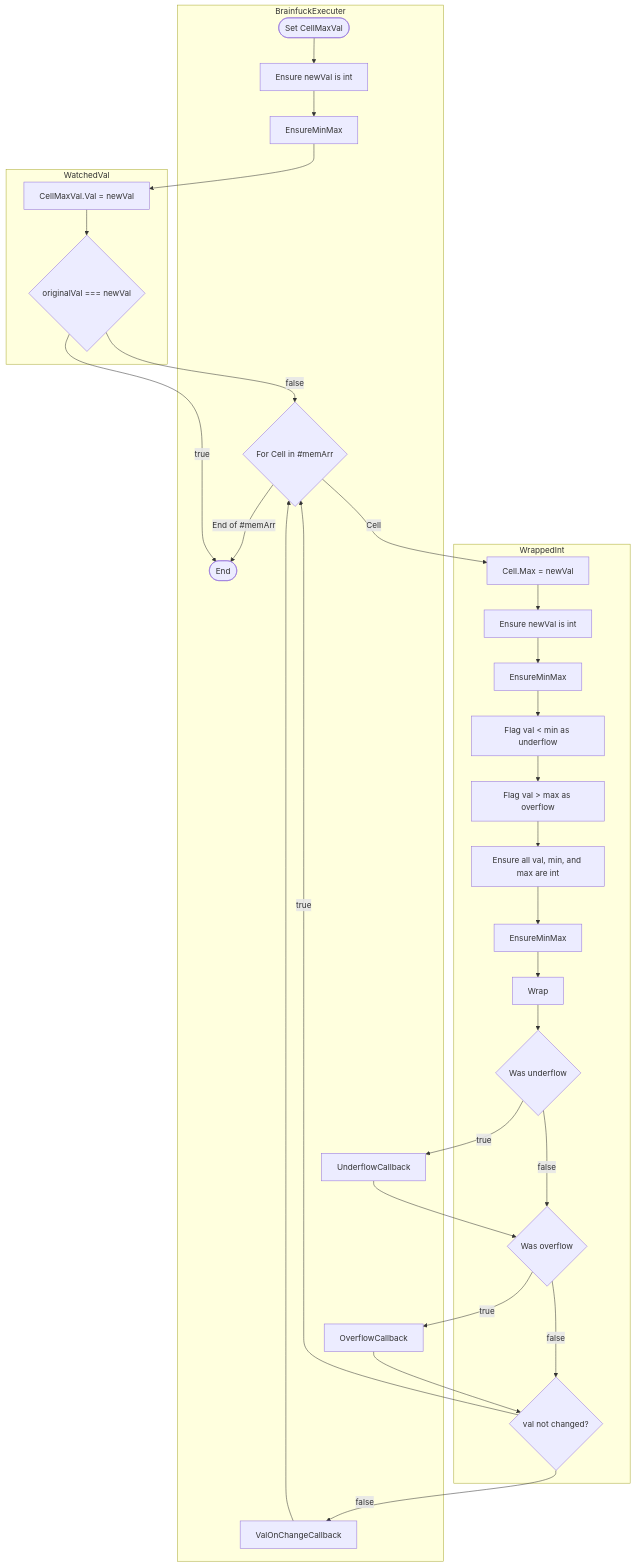
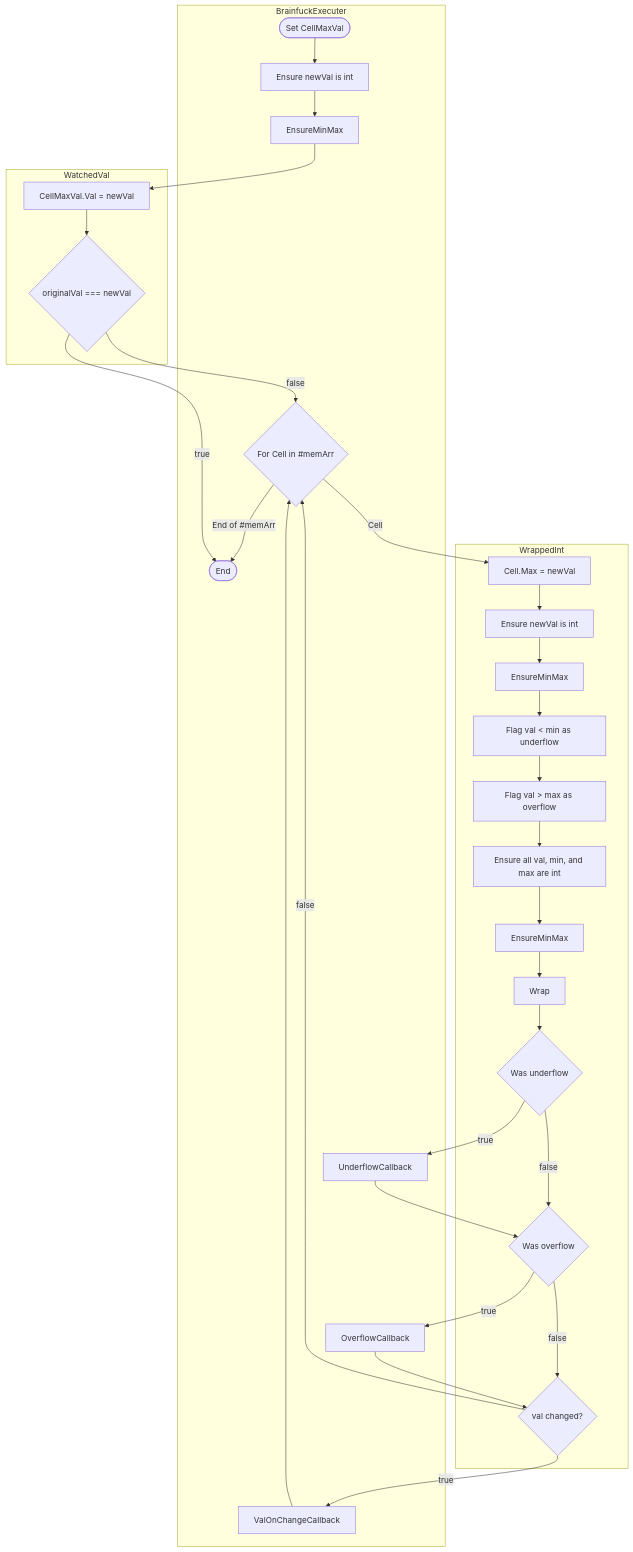
One commit to BCS21090011/BrainFucker changed the sixth of 25 diagrams in src/Classes_Info/BrainfuckExecuter.md. Above: the diagram before and after it, drawn with Mermaid. The commit also changed other lines of this file, not shown here.

Commit message:
Minor change in word using.

````diff
--- a/src/Classes_Info/BrainfuckExecuter.md
+++ b/src/Classes_Info/BrainfuckExecuter.md
@@ -286,7 +286,7 @@
             Wrap
             WasUnderflow{Was underflow}
             WasOverflow{Was overflow}
-            WrappedIntValSameAsOriginal{val not changed?}
+            WrappedIntValChanged{val changed?}
         end
 
         subgraph BrainfuckExecuter
@@ -336,8 +336,8 @@
         --true-->
         OverflowCallback
         -->
-        WrappedIntValSameAsOriginal
-        --false-->
+        WrappedIntValChanged
+        --true-->
         ValOnChangeCallback
         -->
         ForAllCell
@@ -352,7 +352,7 @@
         --false-->
         WasOverflow
         --false-->
-        WrappedIntValSameAsOriginal
-        --true-->
+        WrappedIntValChanged
+        --false-->
         ForAllCell
     ```
````
